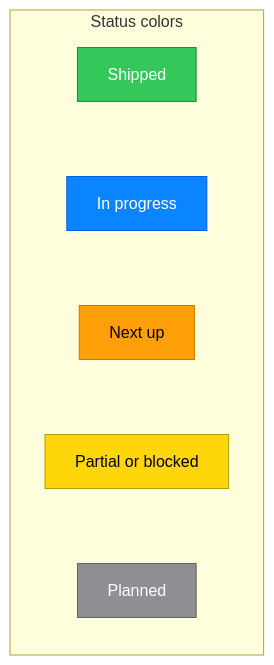
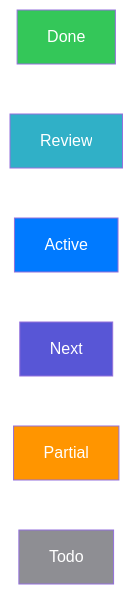
The first of 2 diagrams in README.md (mihaelamj/cupertino), drawn with Mermaid before and after one commit. The commit also changed other lines of this file and 65 other files, not shown here.

````diff
--- a/README.md
+++ b/README.md
@@ -214,13 +214,15 @@
 ```mermaid
-flowchart TB
-  classDef done    fill:#34C759,stroke:#248A3D,color:#ffffff;
-  classDef active  fill:#0A84FF,stroke:#0060DF,color:#ffffff;
-  classDef next    fill:#FF9F0A,stroke:#C77700,color:#000000;
-  classDef partial fill:#FFD60A,stroke:#B59B00,color:#000000;
-  classDef todo    fill:#8E8E93,stroke:#636366,color:#ffffff;
-
-  subgraph Legend["Status colors"]
-    direction TB
-    L1["Shipped"]:::done ~~~ L2["In progress"]:::active ~~~ L3["Next up"]:::next ~~~ L4["Partial or blocked"]:::partial ~~~ L5["Planned"]:::todo
-  end
+flowchart LR
+  done["Done"]:::done
+  review["Review"]:::review
+  active["Active"]:::active
+  next["Next"]:::next
+  partial["Partial"]:::partial
+  todo["Todo"]:::todo
+  classDef done    fill:#34C759,color:#FFFFFF
+  classDef review  fill:#30B0C7,color:#FFFFFF
+  classDef active  fill:#007AFF,color:#FFFFFF
+  classDef next    fill:#5856D6,color:#FFFFFF
+  classDef partial fill:#FF9500,color:#FFFFFF
+  classDef todo    fill:#8E8E93,color:#FFFFFF
 ```
````
